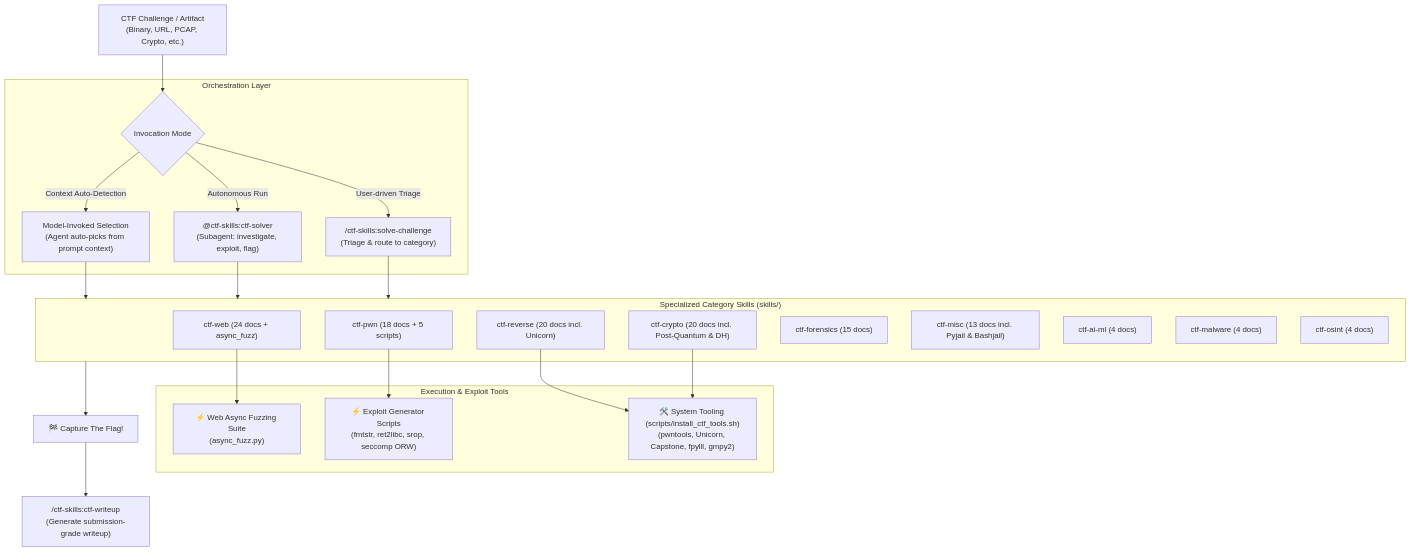
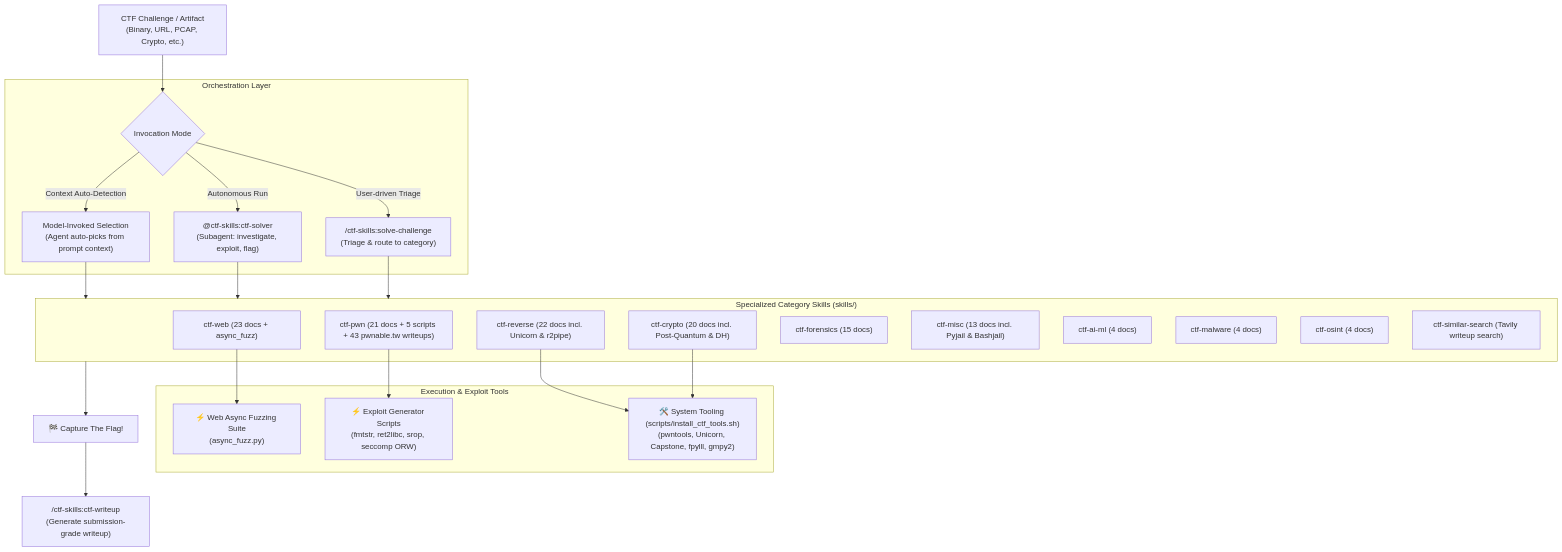
Before and after one commit to naravid19/claude-ctf-skills: the diagram in README.md, drawn with Mermaid. The commit also changed other lines of this file and 2 other files, not shown here.

````diff
--- a/README.md
+++ b/README.md
@@ -19,40 +19,41 @@
 ```mermaid
 flowchart TD
     Target["CTF Challenge / Artifact\n(Binary, URL, PCAP, Crypto, etc.)"] --> ModeSelect{"Invocation Mode"}
 
     subgraph Orchestration ["Orchestration Layer"]
         ModeSelect -->|User-driven Triage| Triage["/ctf-skills:solve-challenge\n(Triage & route to category)"]
         ModeSelect -->|Autonomous Run| Solver["@ctf-skills:ctf-solver\n(Subagent: investigate, exploit, flag)"]
         ModeSelect -->|Context Auto-Detection| ModelSelect["Model-Invoked Selection\n(Agent auto-picks from prompt context)"]
     end
 
     Triage --> CategorySkills
     Solver --> CategorySkills
     ModelSelect --> CategorySkills
 
     subgraph CategorySkills ["Specialized Category Skills (skills/)"]
-        Web["ctf-web (24 docs + async_fuzz)"]
-        Pwn["ctf-pwn (18 docs + 5 scripts)"]
-        Reverse["ctf-reverse (20 docs incl. Unicorn)"]
+        Web["ctf-web (23 docs + async_fuzz)"]
+        Pwn["ctf-pwn (21 docs + 5 scripts + 43 pwnable.tw writeups)"]
+        Reverse["ctf-reverse (22 docs incl. Unicorn & r2pipe)"]
         Crypto["ctf-crypto (20 docs incl. Post-Quantum & DH)"]
         Forensics["ctf-forensics (15 docs)"]
         Misc["ctf-misc (13 docs incl. Pyjail & Bashjail)"]
         AIML["ctf-ai-ml (4 docs)"]
         Malware["ctf-malware (4 docs)"]
         OSINT["ctf-osint (4 docs)"]
+        SimilarSearch["ctf-similar-search (Tavily writeup search)"]
     end
 
     subgraph ToolingLayer ["Execution & Exploit Tools"]
         PwnScripts["⚡ Exploit Generator Scripts\n(fmtstr, ret2libc, srop, seccomp ORW)"]
         WebScripts["⚡ Web Async Fuzzing Suite\n(async_fuzz.py)"]
         EnvTools["🛠️ System Tooling (scripts/install_ctf_tools.sh)\n(pwntools, Unicorn, Capstone, fpylll, gmpy2)"]
     end
 
     Pwn --> PwnScripts
     Web --> WebScripts
     Reverse --> EnvTools
     Crypto --> EnvTools
 
     CategorySkills --> FlagFound["🏁 Capture The Flag!"]
     FlagFound --> Writeup["/ctf-skills:ctf-writeup\n(Generate submission-grade writeup)"]
 ```
````
